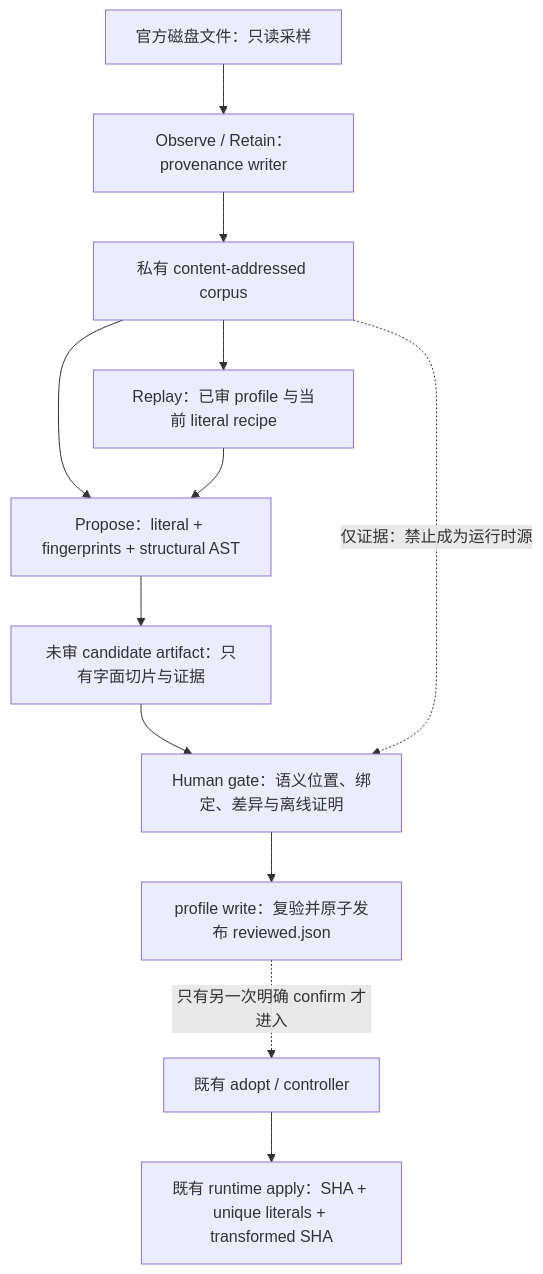
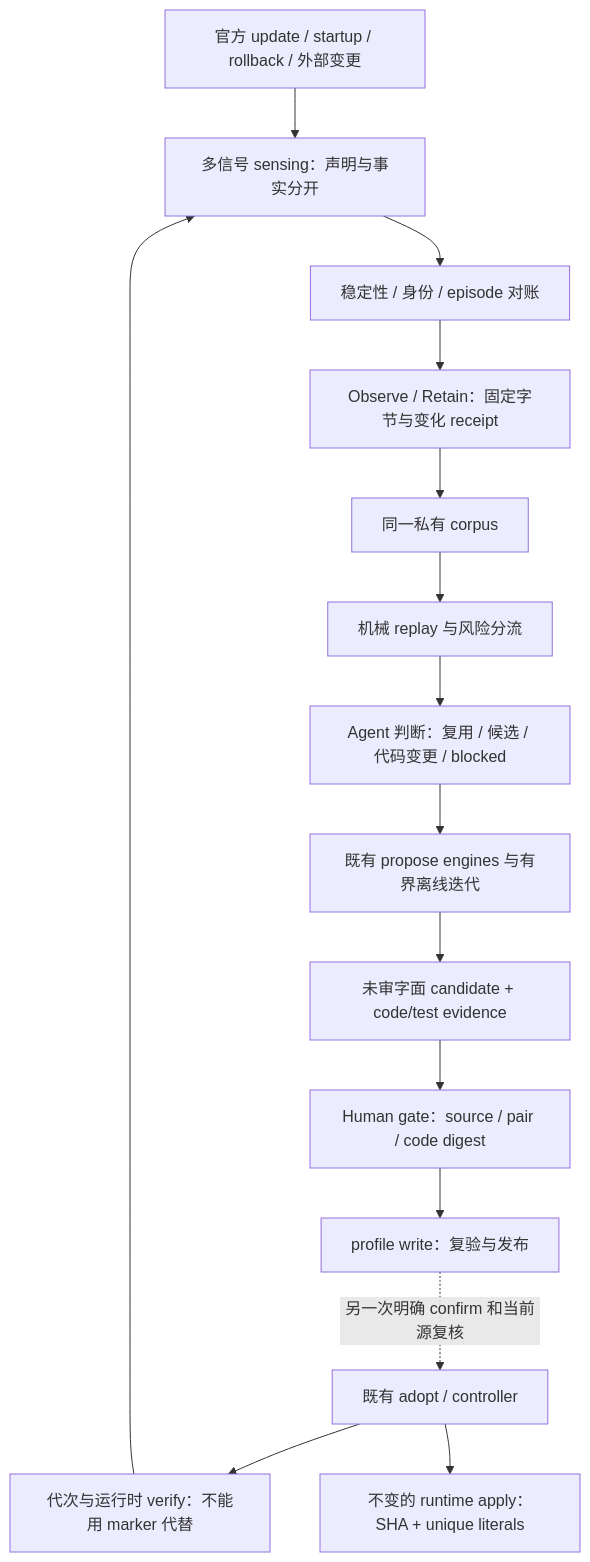
The diagram in docs/roadmap/host-seam-ops-recognition.md (yoyooyooo/grokbox), drawn with Mermaid before and after one commit. The commit also changed other lines of this file, not shown here.

Commit message:
docs: extend Host seam ops with upgrade sensing and bounded iteration

````diff
--- a/docs/roadmap/host-seam-ops-recognition.md
+++ b/docs/roadmap/host-seam-ops-recognition.md
@@ -32,14 +75,17 @@
 ```mermaid
 flowchart TD
-  D[官方磁盘文件：只读采样] --> O[Observe / Retain：provenance writer]
-  O --> C[私有 content-addressed corpus]
-  C --> R[Replay：已审 profile 与当前 literal recipe]
-  C --> P[Propose：literal + fingerprints + structural AST]
-  R --> P
-  P --> A[未审 candidate artifact：只有字面切片与证据]
-  A --> H[Human gate：语义位置、绑定、差异与离线证明]
-  H --> W[profile write：复验并原子发布 reviewed.json]
-  W -. 只有另一次明确 confirm 才进入 .-> AD[既有 adopt / controller]
-  AD --> RT[既有 runtime apply：SHA + unique literals + transformed SHA]
-  C -. 仅证据：禁止成为运行时源 .-> H
+  U[官方 update / startup / rollback / 外部变更] --> S[多信号 sensing：声明与事实分开]
+  S --> G[稳定性 / 身份 / episode 对账]
+  G --> O[Observe / Retain：固定字节与变化 receipt]
+  O --> C[同一私有 corpus]
+  C --> R[机械 replay 与风险分流]
+  R --> J[Agent 判断：复用 / 候选 / 代码变更 / blocked]
+  J --> P[既有 propose engines 与有界离线迭代]
+  P --> A[未审字面 candidate + code/test evidence]
+  A --> H[Human gate：source / pair / code digest]
+  H --> W[profile write：复验与发布]
+  W -. 另一次明确 confirm 和当前源复核 .-> AD[既有 adopt / controller]
+  AD --> V[代次与运行时 verify：不能用 marker 代替]
+  V --> S
+  AD --> RT[不变的 runtime apply：SHA + unique literals]
 ```
````
